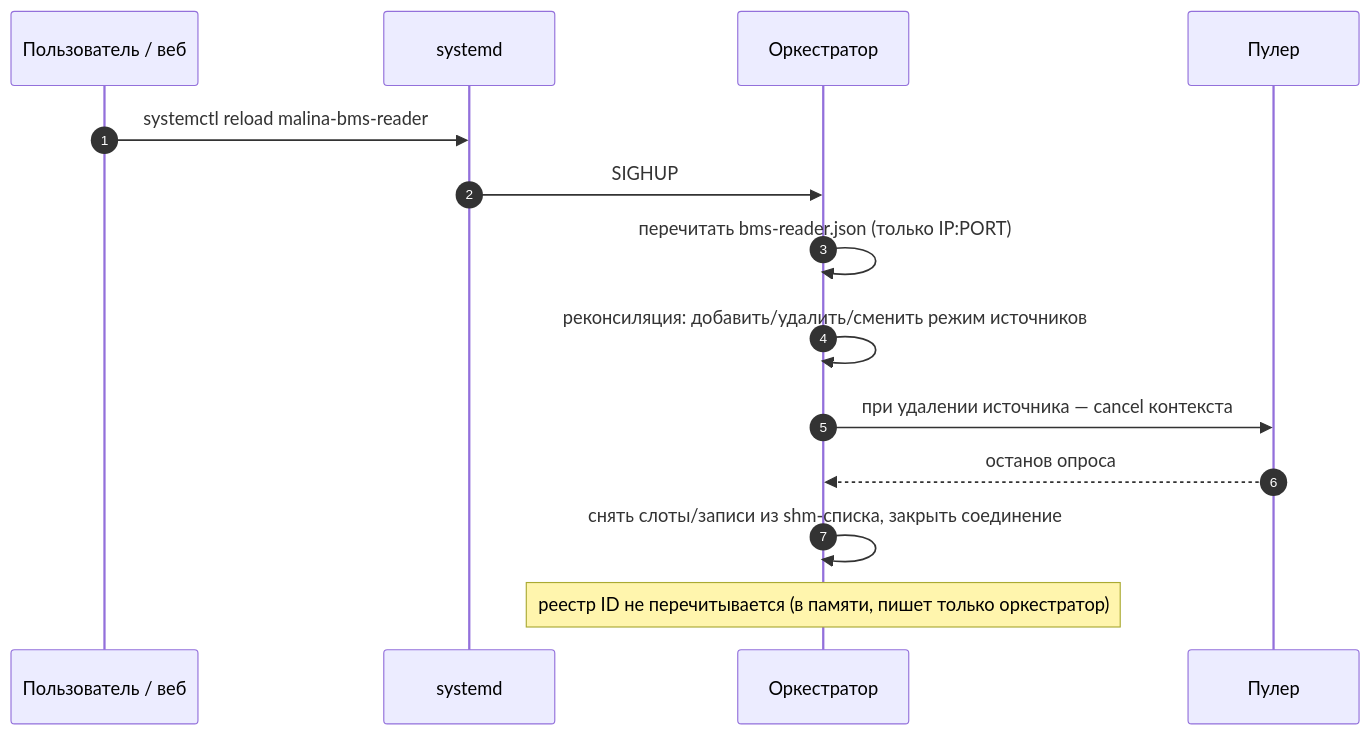
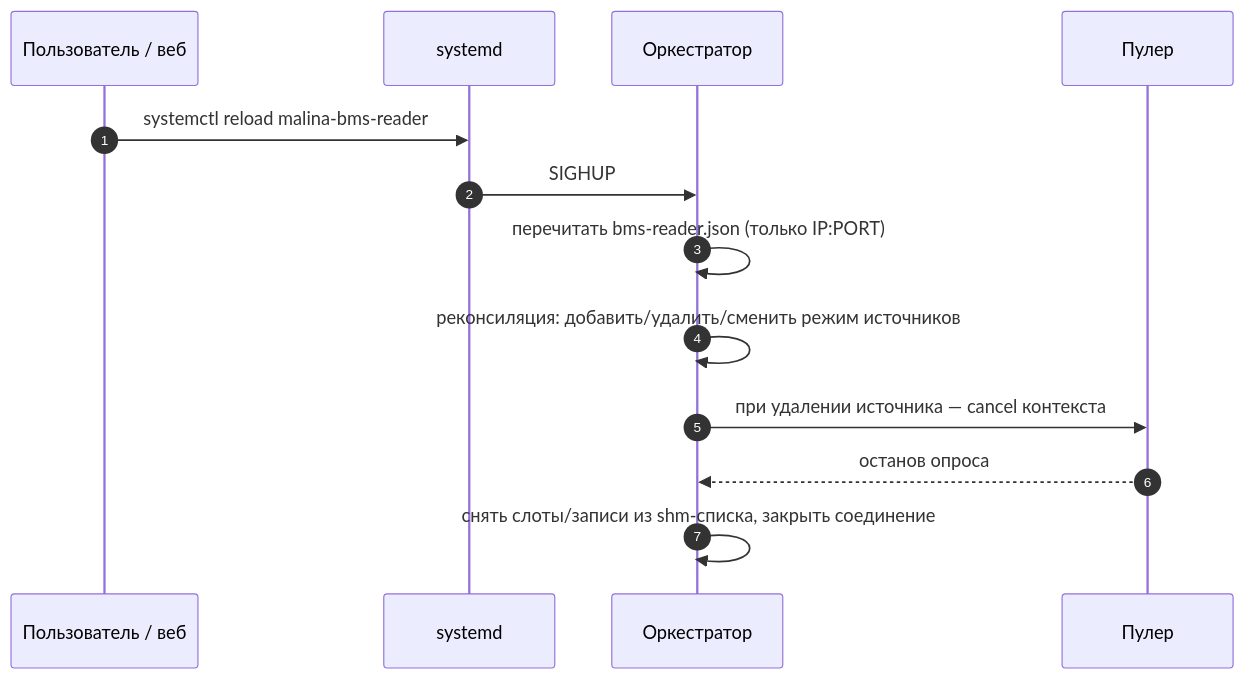
One commit to galiy/malina-26 changed the seventh of 11 diagrams in docs/bms-reader-arch.md. Above: the diagram before and after it, drawn with Mermaid. The commit also changed other lines of this file and 37 other files, not shown here.

````diff
--- a/docs/bms-reader-arch.md
+++ b/docs/bms-reader-arch.md
@@ -329,17 +314,16 @@
 ```mermaid
 sequenceDiagram
   autonumber
   participant U as Пользователь / веб
   participant SD as systemd
   participant O as Оркестратор
   participant PL as Пулер
 
   U->>SD: systemctl reload malina-bms-reader
   SD->>O: SIGHUP
   O->>O: перечитать bms-reader.json (только IP:PORT)
   O->>O: реконсиляция: добавить/удалить/сменить режим источников
   O->>PL: при удалении источника — cancel контекста
   PL-->>O: останов опроса
   O->>O: снять слоты/записи из shm-списка, закрыть соединение
-  Note over O: реестр ID не перечитывается (в памяти, пишет только оркестратор)
 ```
````
